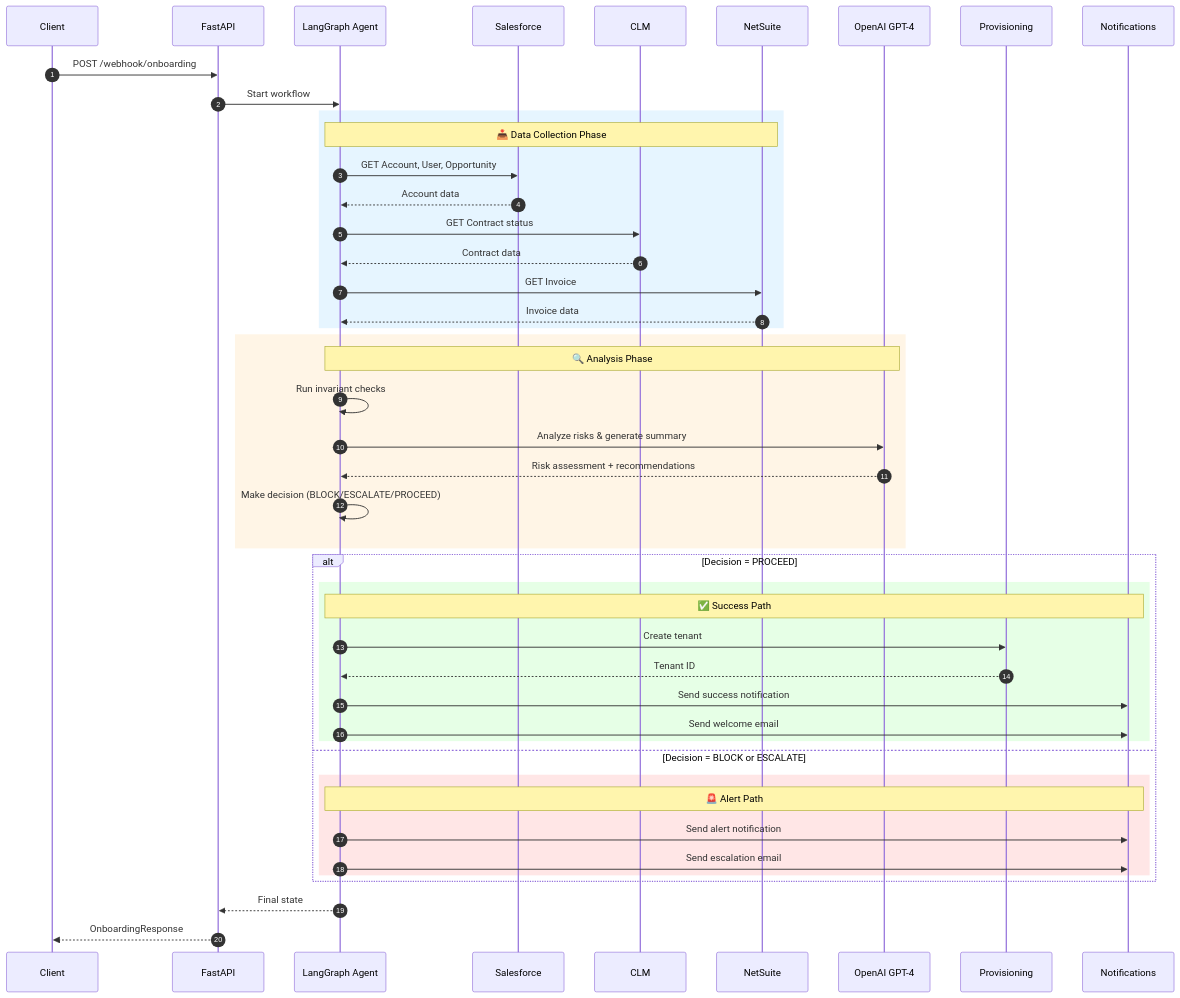
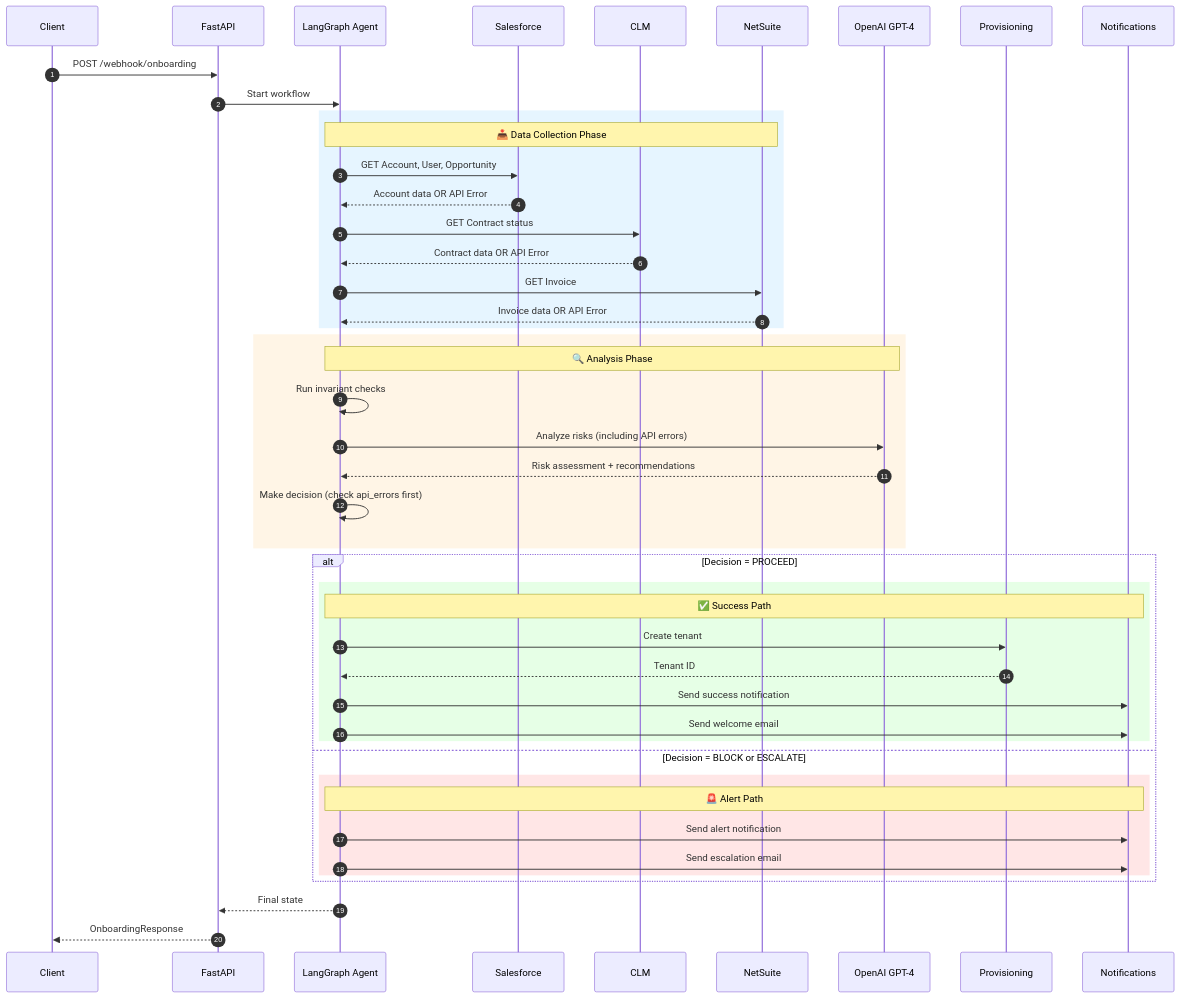
The second of 11 diagrams in SOLUTION_DESIGN.md (alyab16/Enterprise-Agents-Solutions-Case-Study), drawn with Mermaid before and after one commit. The commit also changed other lines of this file and 5 other files, not shown here.

````diff
--- a/SOLUTION_DESIGN.md
+++ b/SOLUTION_DESIGN.md
@@ -116,53 +118,53 @@
 ```mermaid
 sequenceDiagram
     autonumber
     participant Client
     participant API as FastAPI
     participant Agent as LangGraph Agent
     participant SF as Salesforce
     participant CLM as CLM
     participant NS as NetSuite
     participant LLM as OpenAI GPT-4
     participant Prov as Provisioning
     participant Notify as Notifications
 
     Client->>API: POST /webhook/onboarding
     API->>Agent: Start workflow
     
     rect rgb(230, 245, 255)
         Note over Agent,NS: 📥 Data Collection Phase
         Agent->>SF: GET Account, User, Opportunity
-        SF-->>Agent: Account data
+        SF-->>Agent: Account data OR API Error
         Agent->>CLM: GET Contract status
-        CLM-->>Agent: Contract data
+        CLM-->>Agent: Contract data OR API Error
         Agent->>NS: GET Invoice
-        NS-->>Agent: Invoice data
+        NS-->>Agent: Invoice data OR API Error
     end
     
     rect rgb(255, 245, 230)
         Note over Agent,LLM: 🔍 Analysis Phase
         Agent->>Agent: Run invariant checks
-        Agent->>LLM: Analyze risks & generate summary
+        Agent->>LLM: Analyze risks (including API errors)
         LLM-->>Agent: Risk assessment + recommendations
-        Agent->>Agent: Make decision (BLOCK/ESCALATE/PROCEED)
+        Agent->>Agent: Make decision (check api_errors first)
     end
     
     alt Decision = PROCEED
         rect rgb(230, 255, 230)
             Note over Agent,Notify: ✅ Success Path
             Agent->>Prov: Create tenant
             Prov-->>Agent: Tenant ID
             Agent->>Notify: Send success notification
             Agent->>Notify: Send welcome email
         end
     else Decision = BLOCK or ESCALATE
         rect rgb(255, 230, 230)
             Note over Agent,Notify: 🚨 Alert Path
             Agent->>Notify: Send alert notification
             Agent->>Notify: Send escalation email
         end
     end
     
     Agent-->>API: Final state
     API-->>Client: OnboardingResponse
 ```
````
